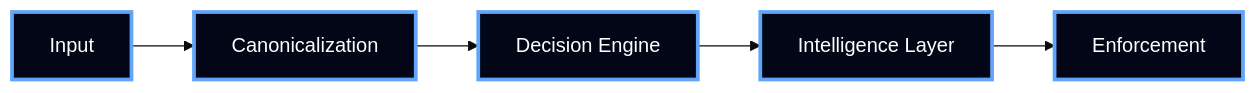
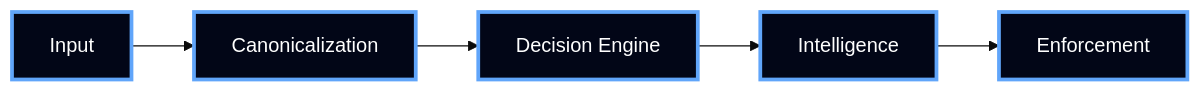
One commit to pavancharak/manthan-docs changed the diagram in docs/index.md. Above: the diagram before and after it, drawn with Mermaid (base theme). The commit also changed other lines of this file and 4 other files, not shown here.

````diff
--- a/docs/index.md
+++ b/docs/index.md
@@ -24,8 +23,6 @@
 ```mermaid
 flowchart LR
-
-A[Input] --> B[Canonicalization] --> C[Decision Engine] --> D[Intelligence Layer] --> E[Enforcement]
-
+A[Input] --> B[Canonicalization] --> C[Decision Engine] --> D[Intelligence] --> E[Enforcement]
 classDef main fill:#020617,stroke:#60a5fa,stroke-width:3px,color:#ffffff;
 class A,B,C,D,E main;
 ```
````
